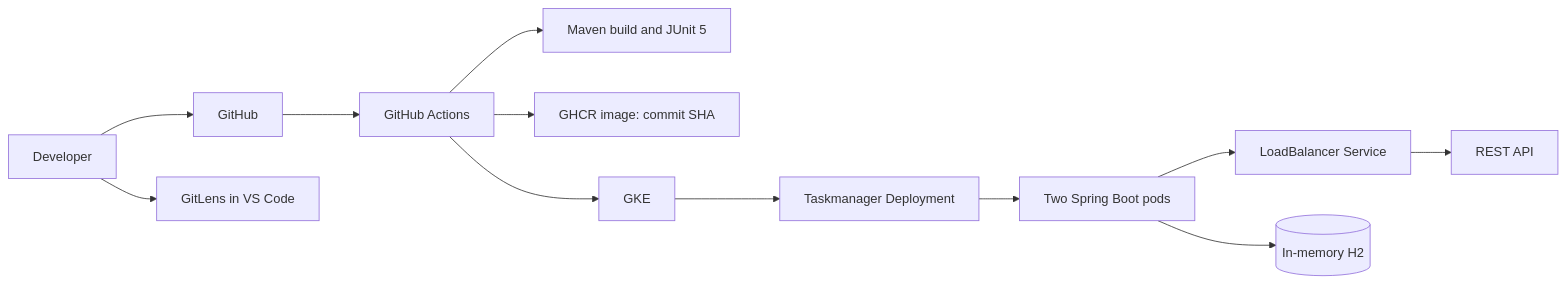
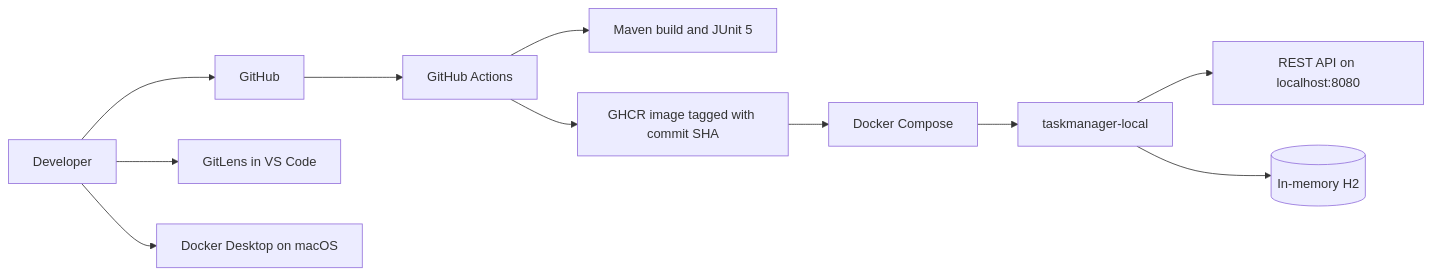
The diagram in docs/ARCHITECTURE.md (varsha-2024-snu/devops-cicd-project), drawn with Mermaid before and after one commit. The commit also changed other lines of this file and 13 other files, not shown here.

Commit message:
Switch to local Docker deployment

````diff
--- a/docs/ARCHITECTURE.md
+++ b/docs/ARCHITECTURE.md
@@ -3,14 +3,13 @@
 ```mermaid
 flowchart LR
     Developer --> GitHub
     GitHub --> Actions[GitHub Actions]
     Actions --> Maven[Maven build and JUnit 5]
-    Actions --> GHCR[GHCR image: commit SHA]
-    Actions --> GKE[GKE]
-    GKE --> Deployment[Taskmanager Deployment]
-    Deployment --> Pods[Two Spring Boot pods]
-    Pods --> Service[LoadBalancer Service]
-    Service --> API[REST API]
-    Pods --> H2[(In-memory H2)]
+    Actions --> GHCR[GHCR image tagged with commit SHA]
     Developer --> GitLens[GitLens in VS Code]
+    Developer --> DockerDesktop[Docker Desktop on macOS]
+    GHCR --> Compose[Docker Compose]
+    Compose --> Container[taskmanager-local]
+    Container --> API[REST API on localhost:8080]
+    Container --> H2[(In-memory H2)]
 ```
````
